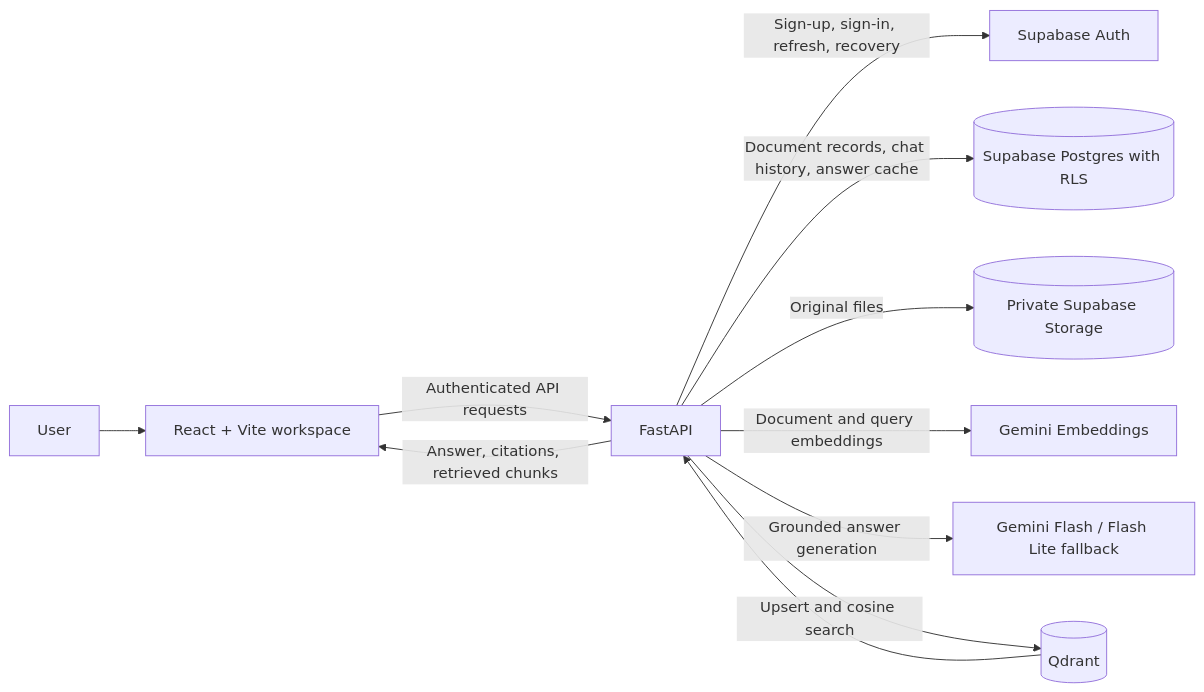
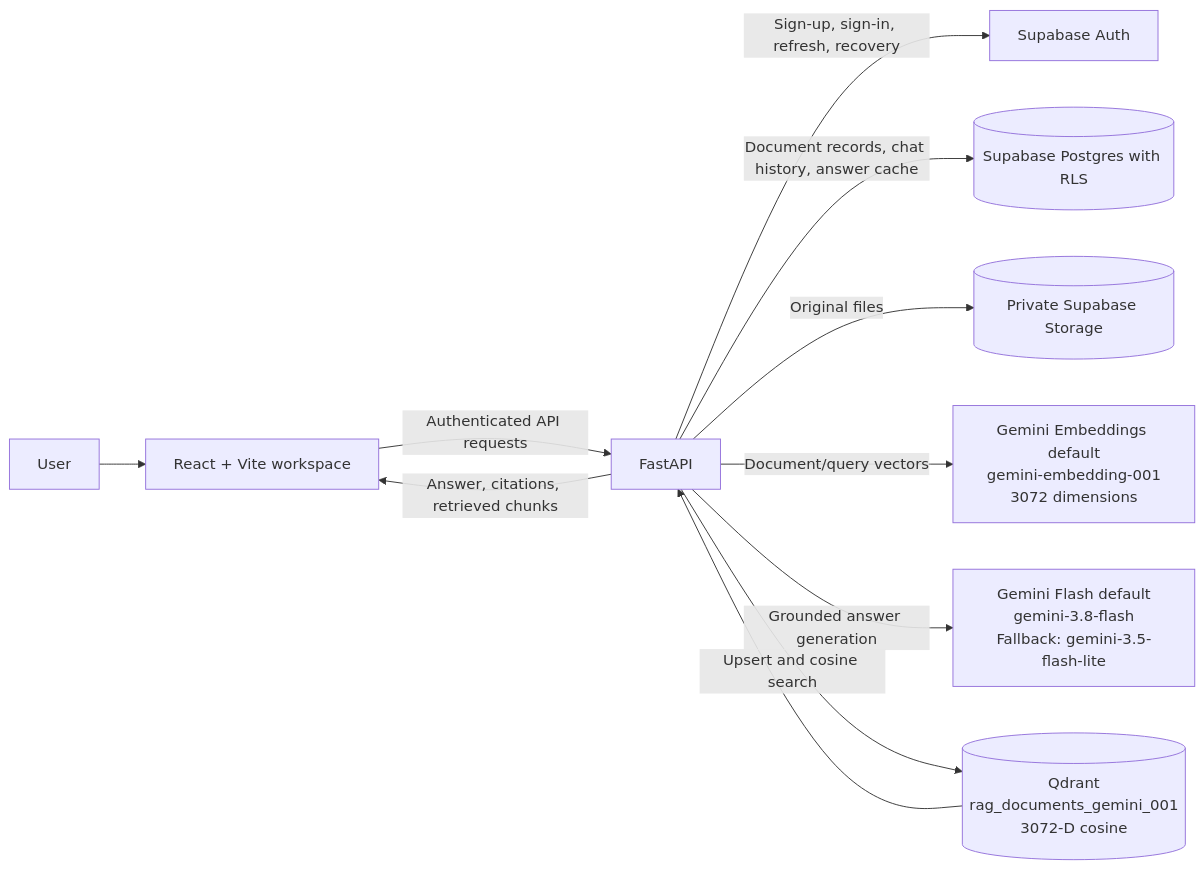
Before and after one commit to Mary-star-coder/IEC-Production-RAG--Services: the diagram in README.md, drawn with Mermaid. The commit also changed other lines of this file and 11 other files, not shown here.

````diff
--- a/README.md
+++ b/README.md
@@ -63,13 +63,13 @@
 ```mermaid
 flowchart LR
     U[User] --> UI[React + Vite workspace]
     UI -->|Authenticated API requests| API[FastAPI]
     API -->|Sign-up, sign-in, refresh, recovery| AUTH[Supabase Auth]
     API -->|Document records, chat history, answer cache| DB[(Supabase Postgres with RLS)]
     API -->|Original files| STORE[(Private Supabase Storage)]
-    API -->|Document and query embeddings| EMBED[Gemini Embeddings]
-    API -->|Grounded answer generation| LLM[Gemini Flash / Flash Lite fallback]
-    API -->|Upsert and cosine search| QDRANT[(Qdrant)]
+    API -->|Document/query vectors| EMBED[Gemini Embeddings default<br/>gemini-embedding-001<br/>3072 dimensions]
+    API -->|Grounded answer generation| LLM[Gemini Flash default<br/>gemini-3.8-flash<br/>Fallback: gemini-3.5-flash-lite]
+    API -->|Upsert and cosine search| QDRANT[(Qdrant<br/>rag_documents_gemini_001<br/>3072-D cosine)]
     QDRANT --> API
     API -->|Answer, citations, retrieved chunks| UI
 ```
````
